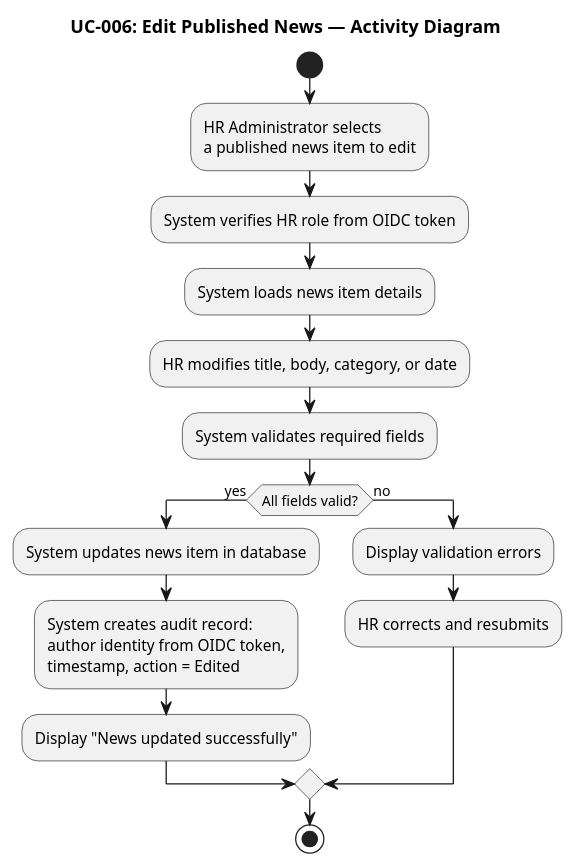
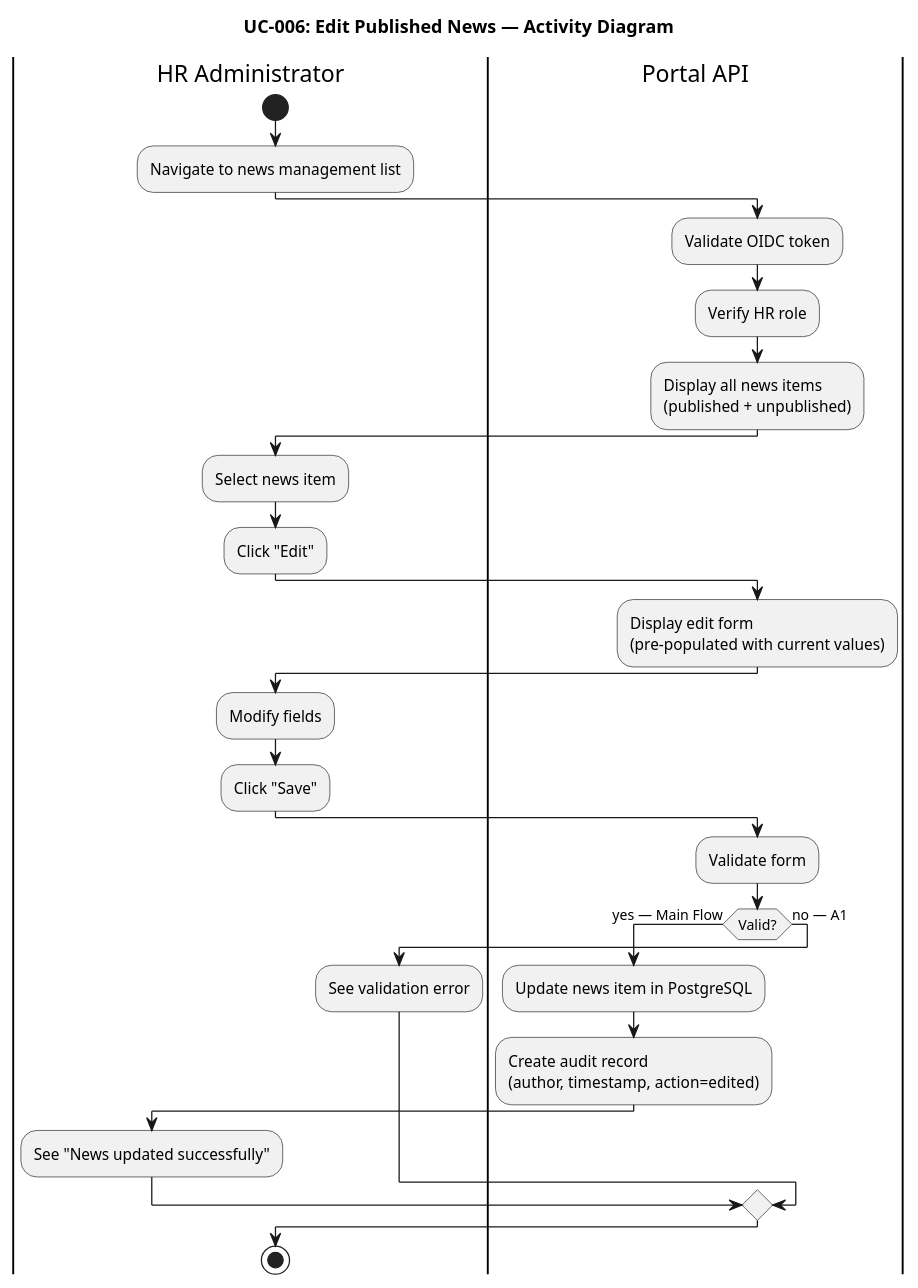
One commit to banense-test/portal-cuba-corp changed the eighth of 13 diagrams in docs/artifacts/requirements/use-case-model.md. Above: the diagram before and after it, drawn with PlantUML. The commit also changed other lines of this file, not shown here.

````diff
--- a/docs/artifacts/requirements/use-case-model.md
+++ b/docs/artifacts/requirements/use-case-model.md
@@ -420,24 +477,33 @@
 ```plantuml
 @startuml
 title UC-006: Edit Published News — Activity Diagram
 
+|HR Administrator|
 start
-:HR Administrator selects
-a published news item to edit;
-:System verifies HR role from OIDC token;
-:System loads news item details;
-:HR modifies title, body, category, or date;
-:System validates required fields;
-if (All fields valid?) then (yes)
-  :System updates news item in database;
-  :System creates audit record:
-  author identity from OIDC token,
-  timestamp, action = Edited;
-  :Display "News updated successfully";
-else (no)
-  :Display validation errors;
-  :HR corrects and resubmits;
+:Navigate to news management list;
+|Portal API|
+:Validate OIDC token;
+:Verify HR role;
+:Display all news items\n(published + unpublished);
+|HR Administrator|
+:Select news item;
+:Click "Edit";
+|Portal API|
+:Display edit form\n(pre-populated with current values);
+|HR Administrator|
+:Modify fields;
+:Click "Save";
+|Portal API|
+:Validate form;
+if (Valid?) then (yes — Main Flow)
+  :Update news item in PostgreSQL;
+  :Create audit record\n(author, timestamp, action=edited);
+  |HR Administrator|
+  :See "News updated successfully";
+else (no — A1)
+  |HR Administrator|
+  :See validation error;
 endif
 stop
 @enduml
 ```
````
